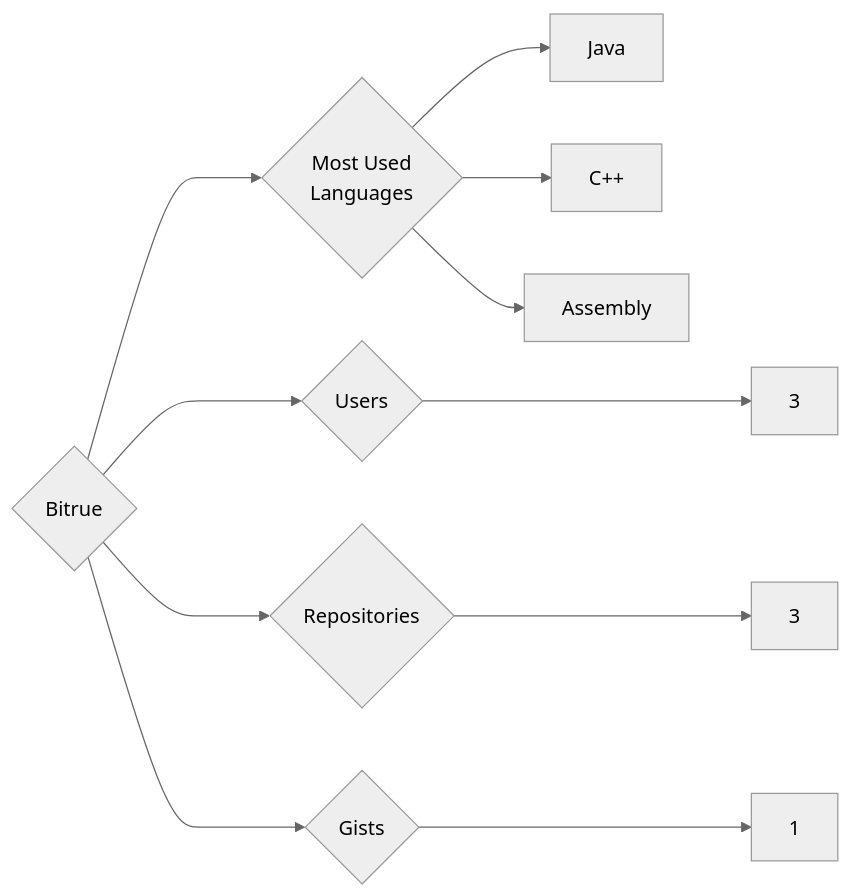
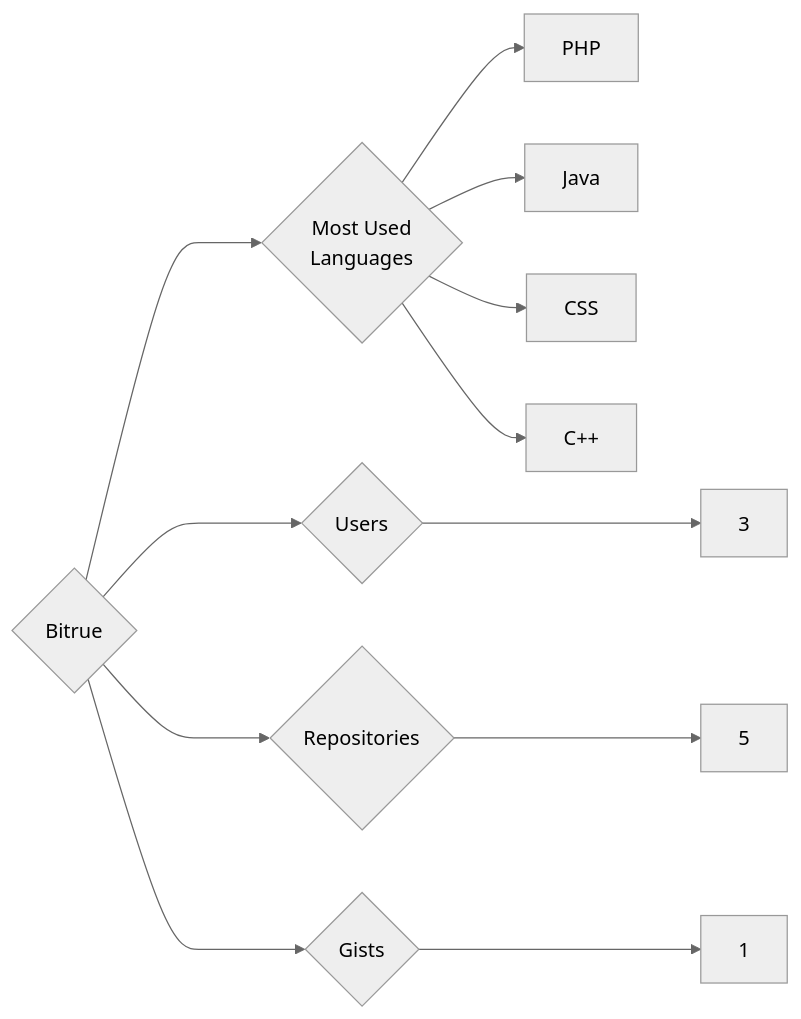
One commit to trickest/insiders changed the diagram in targets/Bitrue/README.md. Above: the diagram before and after it, drawn with Mermaid (neutral theme). The commit also changed 823 other files, not shown here.

````diff
--- a/targets/Bitrue/README.md
+++ b/targets/Bitrue/README.md
@@ -3,11 +3,12 @@
 ```mermaid
 graph LR
 COMPANY_NAME{Bitrue}
 COMPANY_NAME ---> U{Users} ---> UN[3]
-COMPANY_NAME ---> R{Repositories} ---> RN[3]
+COMPANY_NAME ---> R{Repositories} ---> RN[5]
 COMPANY_NAME ---> G{Gists} ---> GN[1]
 COMPANY_NAME ---> ML{Most Used<br>Languages}
+ML --> PHP[PHP]
 ML --> Java[Java]
+ML --> CSS[CSS]
 ML --> C++[C++]
-ML --> Assembly[Assembly]
 ```
````
